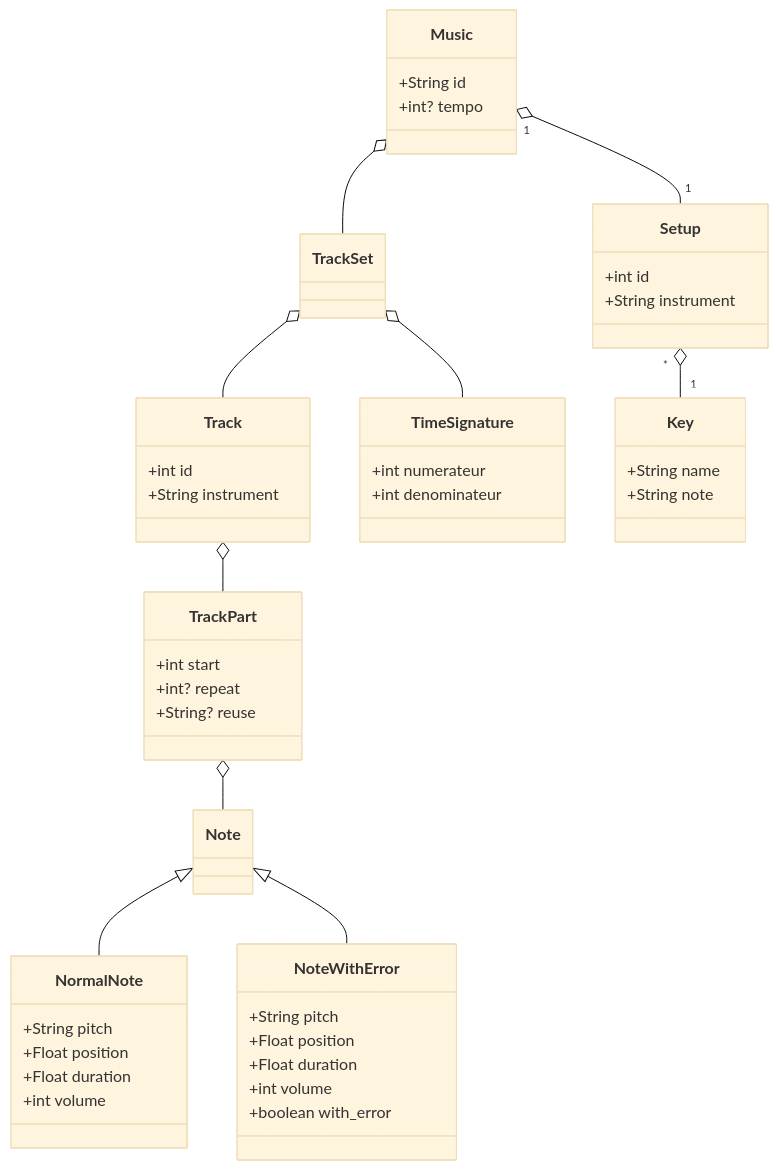
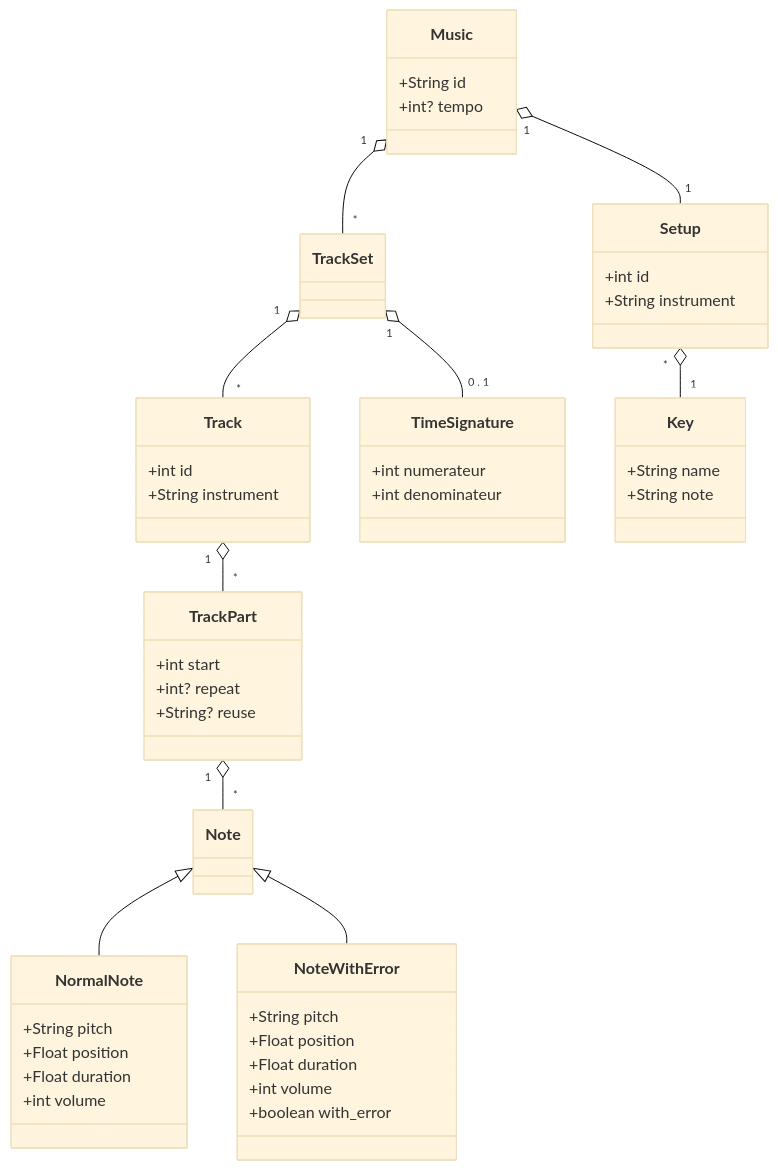
Before and after one commit to Jules-Prince/musicae: the diagram in README.md, drawn with Mermaid (base theme).

````diff
--- a/README.md
+++ b/README.md
@@ -21,69 +21,67 @@
 ```mermaid
 
 classDiagram
-    Music o-- TrackSet
-    Track o-- TrackPart
-    TrackSet o-- TimeSignature
-    TrackSet o-- Track
-    TrackPart o-- Note
+    Music "1" o-- "*" TrackSet
+    Track "1" o-- "*" TrackPart
+    TrackSet "1" o-- "0 . 1" TimeSignature
+    TrackSet "1" o-- "*" Track
+    TrackPart "1" o-- "*" Note
     Note <|-- NormalNote
     Note <|-- NoteWithError
-
     Music "1" o-- "1" Setup
     Setup "*" o-- "1" Key
-
 
     class Music{
       +String id
       +int? tempo
     }
 
     class TrackSet{
 
     }
 
     class Track{
       +int id
       +String instrument
     }
 
     class TrackPart{
         +int start
         +int? repeat
         +String? reuse
     }
     
     class TimeSignature{
         +int numerateur
         +int denominateur
     }
 
     class Setup {
       +int id
       +String instrument
     }
 
     class Key {
         +String name
         +String note
     }
 
     class Note {
 
     }
 
     class NormalNote {
         +String pitch
         +Float position
         +Float duration
         +int volume
     }
 
     class NoteWithError {
         +String pitch
         +Float position
         +Float duration
         +int volume
         +boolean with_error
     }
 ```
````
